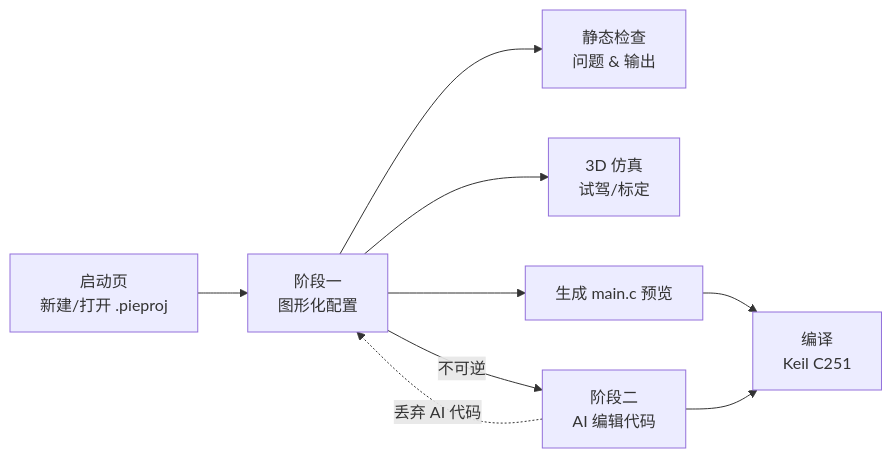
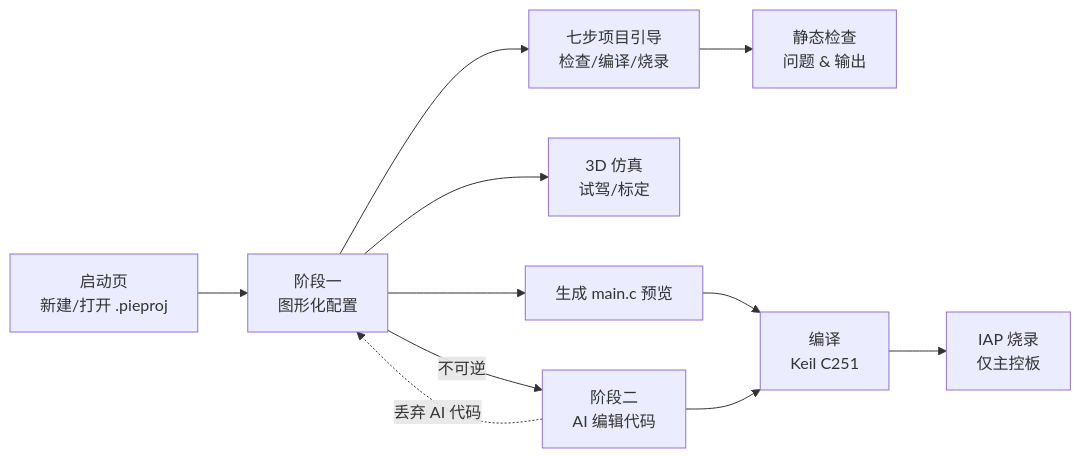
One commit to louqingjie/PIE-Block changed the diagram in README.md. Above: the diagram before and after it, drawn with Mermaid. The commit also changed other lines of this file and 12 other files, not shown here.

````diff
--- a/README.md
+++ b/README.md
@@ -13,11 +13,13 @@
 ```mermaid
 flowchart LR
     A[启动页<br/>新建/打开 .pieproj] --> B[阶段一<br/>图形化配置]
-    B --> C[静态检查<br/>问题 & 输出]
+    B --> C[七步项目引导<br/>检查/编译/烧录]
+    C --> H[静态检查<br/>问题 & 输出]
     B --> D[3D 仿真<br/>试驾/标定]
     B --> E[生成 main.c 预览]
     E --> F[编译<br/>Keil C251]
     B -->|不可逆| G[阶段二<br/>AI 编辑代码]
     G --> F
+    F --> I[IAP 烧录<br/>仅主控板]
     G -.丢弃 AI 代码.-> B
 ```
````
